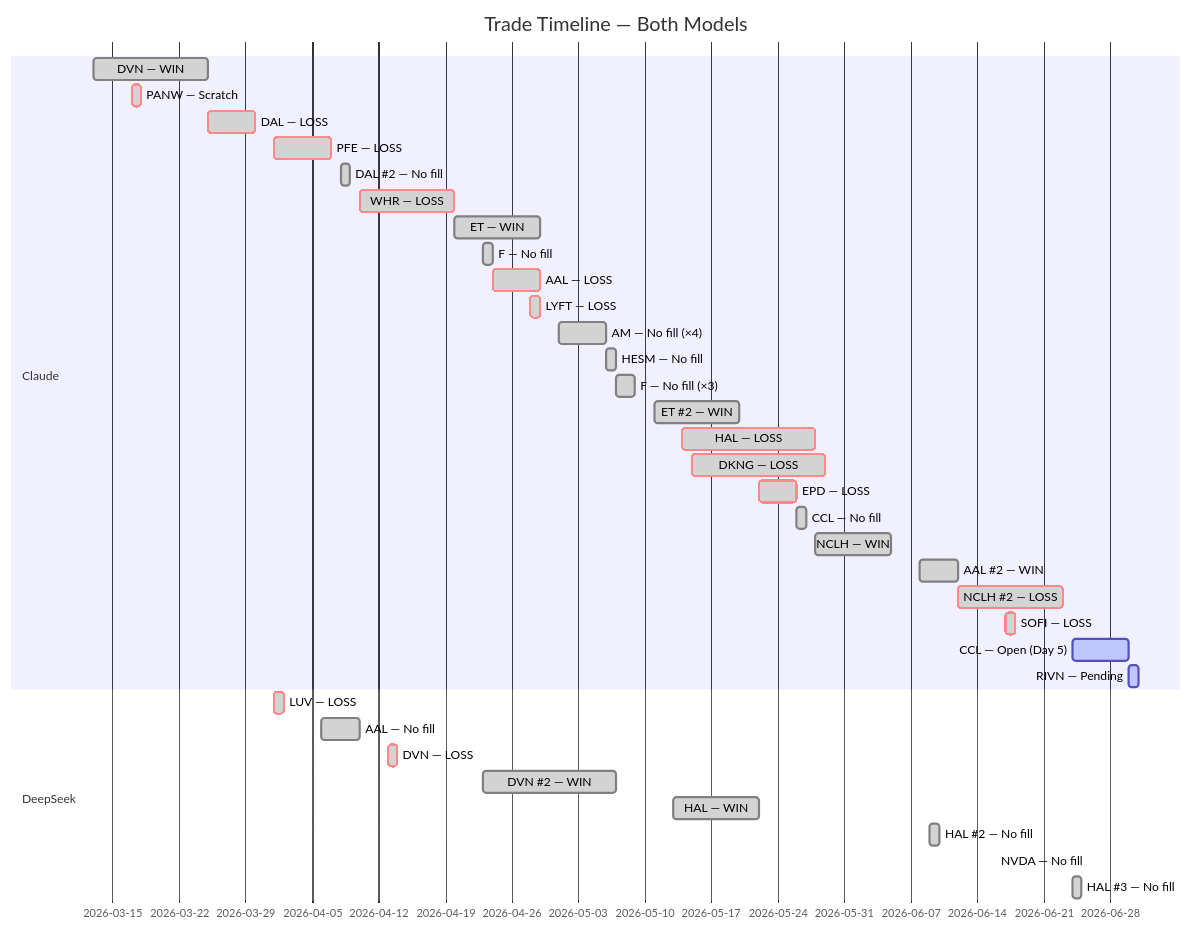
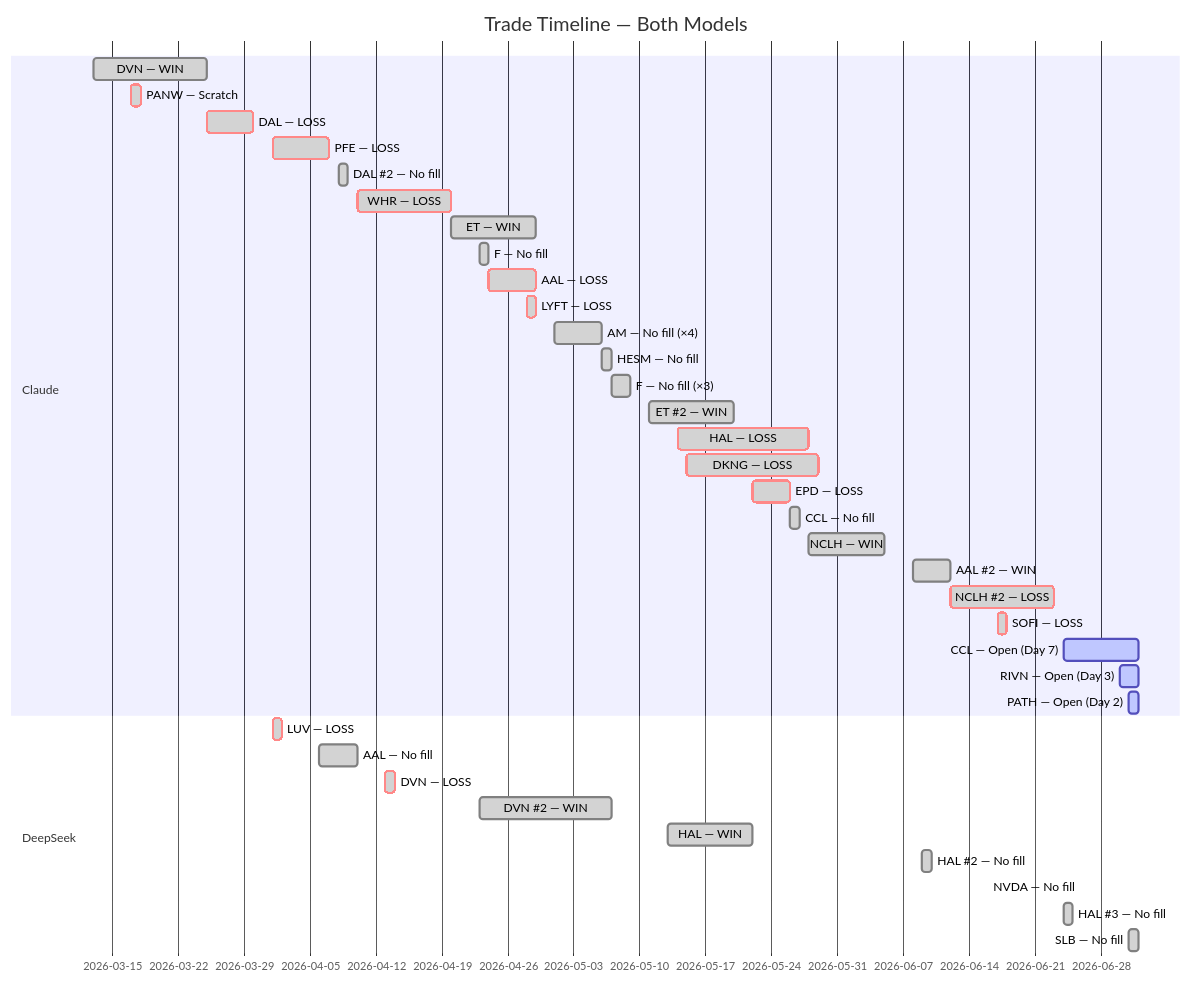
The fifth of 5 diagrams in README.md (zachisit/ai-auto-buy-thesis), drawn with Mermaid before and after one commit. The commit also changed other lines of this file and 4 other files, not shown here.

````diff
--- a/README.md
+++ b/README.md
@@ -63,39 +63,41 @@
 ```mermaid
 gantt
     title Trade Timeline — Both Models
     dateFormat YYYY-MM-DD
     section Claude
     DVN — WIN            :done,    2026-03-13, 2026-03-25
     PANW — Scratch       :crit, done, 2026-03-17, 2026-03-18
     DAL — LOSS           :crit, done, 2026-03-25, 2026-03-30
     PFE — LOSS           :crit, done, 2026-04-01, 2026-04-07
     DAL #2 — No fill     :done,    2026-04-08, 2026-04-09
     WHR — LOSS           :crit, done, 2026-04-10, 2026-04-20
     ET — WIN             :done,    2026-04-20, 2026-04-29
     F — No fill          :done,    2026-04-23, 2026-04-24
     AAL — LOSS           :crit, done, 2026-04-24, 2026-04-29
     LYFT — LOSS          :crit, done, 2026-04-28, 2026-04-29
     AM — No fill (×4)    :done,    2026-05-01, 2026-05-06
     HESM — No fill       :done,    2026-05-06, 2026-05-07
     F — No fill (×3)     :done,    2026-05-07, 2026-05-09
     ET #2 — WIN          :done,    2026-05-11, 2026-05-20
     HAL — LOSS           :crit, done, 2026-05-14, 2026-05-28
     DKNG — LOSS          :crit, done, 2026-05-15, 2026-05-29
     EPD — LOSS           :crit, done, 2026-05-22, 2026-05-26
     CCL — No fill        :done,    2026-05-26, 2026-05-27
     NCLH — WIN           :done,    2026-05-28, 2026-06-05
     AAL #2 — WIN         :done,    2026-06-08, 2026-06-12
     NCLH #2 — LOSS       :crit, done, 2026-06-12, 2026-06-23
     SOFI — LOSS          :crit, done, 2026-06-17, 2026-06-18
-    CCL — Open (Day 5)   :active,  2026-06-24, 2026-06-30
-    RIVN — Pending       :active,  2026-06-30, 2026-07-01
+    CCL — Open (Day 7)   :active,  2026-06-24, 2026-07-02
+    RIVN — Open (Day 3)  :active,  2026-06-30, 2026-07-02
+    PATH — Open (Day 2)  :active,  2026-07-01, 2026-07-02
     section DeepSeek
     LUV — LOSS           :crit, done, 2026-04-01, 2026-04-02
     AAL — No fill        :done,    2026-04-06, 2026-04-10
     DVN — LOSS           :crit, done, 2026-04-13, 2026-04-14
     DVN #2 — WIN         :done,    2026-04-23, 2026-05-07
     HAL — WIN            :done,    2026-05-13, 2026-05-22
     HAL #2 — No fill    :done,    2026-06-09, 2026-06-10
     NVDA — No fill      :done,    2026-06-16, 2026-06-16
     HAL #3 — No fill    :done,    2026-06-24, 2026-06-25
+    SLB — No fill        :done,    2026-07-01, 2026-07-02
 ```
````
